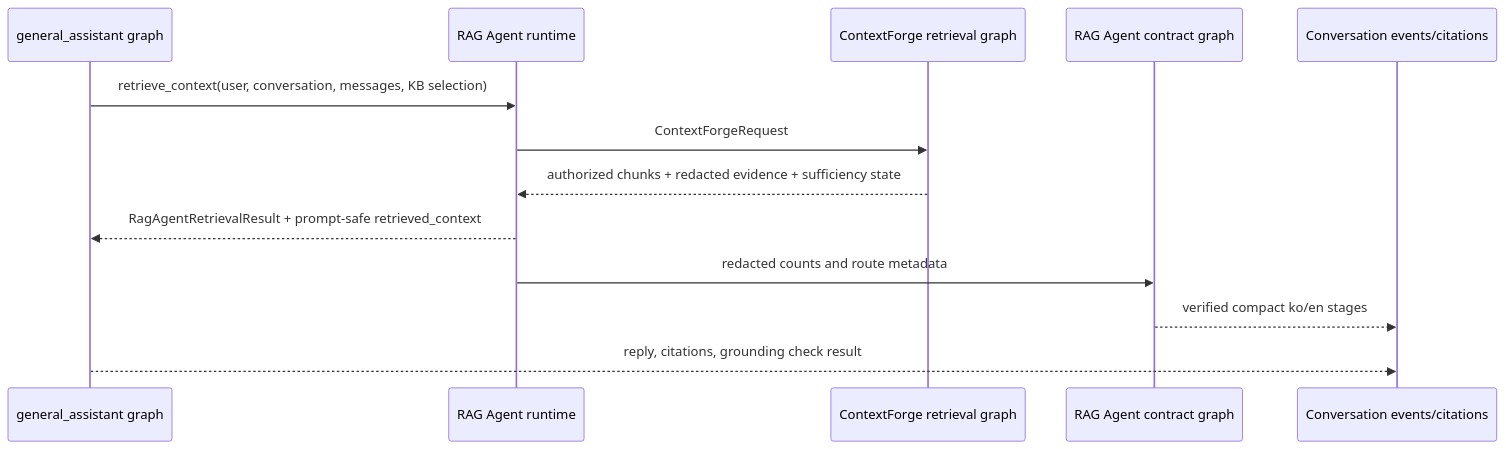
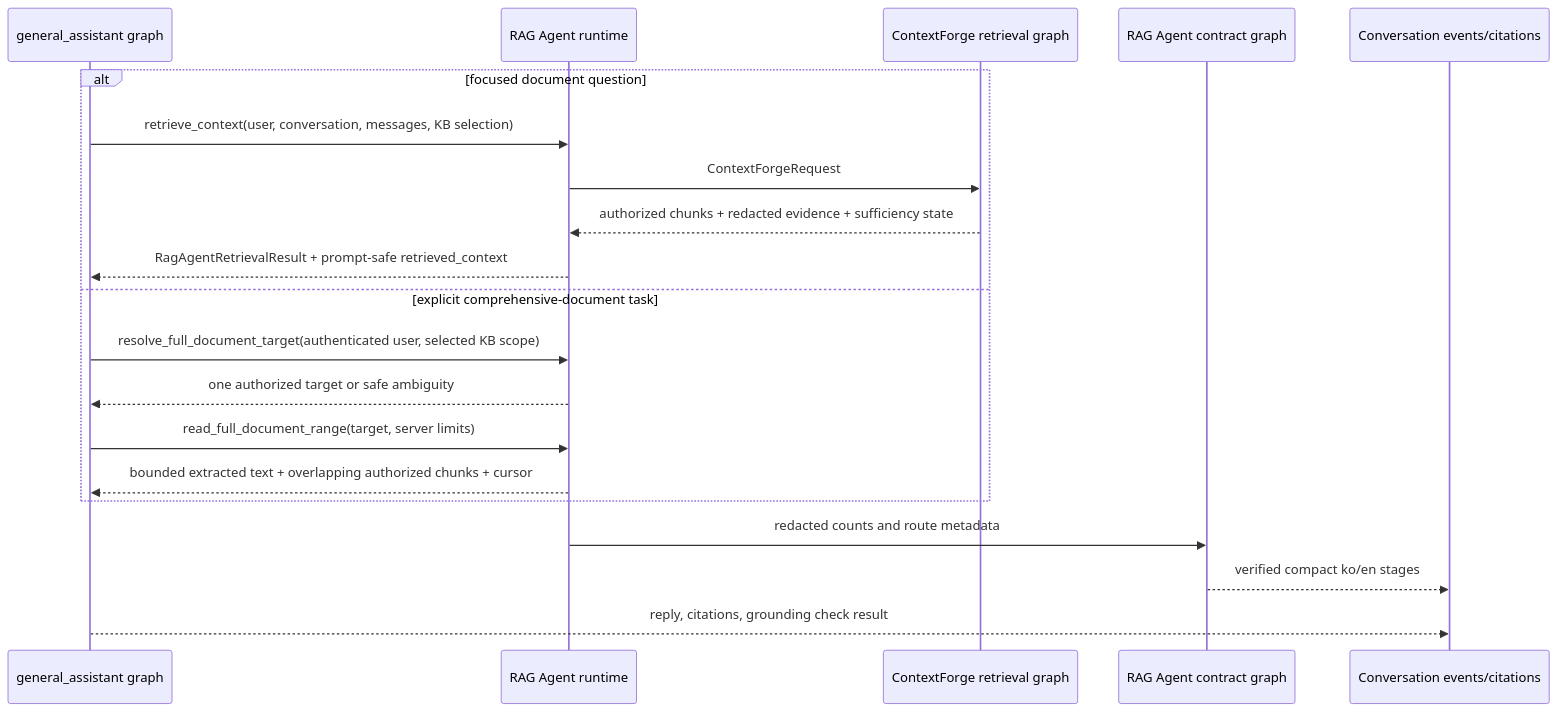
Before and after one commit to heecheon92/my-agents: the diagram in my_agents/agents/rag_agent/README.en.md, drawn with Mermaid. The commit also changed other lines of this file and 48 other files, not shown here.

Commit message:
Add bounded full-document retrieval

````diff
--- a/my_agents/agents/rag_agent/README.en.md
+++ b/my_agents/agents/rag_agent/README.en.md
@@ -30,16 +31,23 @@
 ```mermaid
 sequenceDiagram
     participant GA as general_assistant graph
     participant RAG as RAG Agent runtime
     participant CF as ContextForge retrieval graph
     participant Trace as RAG Agent contract graph
     participant Events as Conversation events/citations
 
-    GA->>RAG: retrieve_context(user, conversation, messages, KB selection)
-    RAG->>CF: ContextForgeRequest
-    CF-->>RAG: authorized chunks + redacted evidence + sufficiency state
-    RAG-->>GA: RagAgentRetrievalResult + prompt-safe retrieved_context
+    alt focused document question
+        GA->>RAG: retrieve_context(user, conversation, messages, KB selection)
+        RAG->>CF: ContextForgeRequest
+        CF-->>RAG: authorized chunks + redacted evidence + sufficiency state
+        RAG-->>GA: RagAgentRetrievalResult + prompt-safe retrieved_context
+    else explicit comprehensive-document task
+        GA->>RAG: resolve_full_document_target(authenticated user, selected KB scope)
+        RAG-->>GA: one authorized target or safe ambiguity
+        GA->>RAG: read_full_document_range(target, server limits)
+        RAG-->>GA: bounded extracted text + overlapping authorized chunks + cursor
+    end
     RAG->>Trace: redacted counts and route metadata
     Trace-->>Events: verified compact ko/en stages
     GA-->>Events: reply, citations, grounding check result
 ```
````
